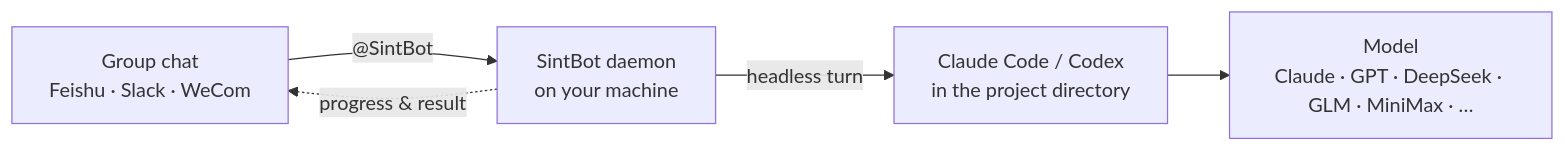
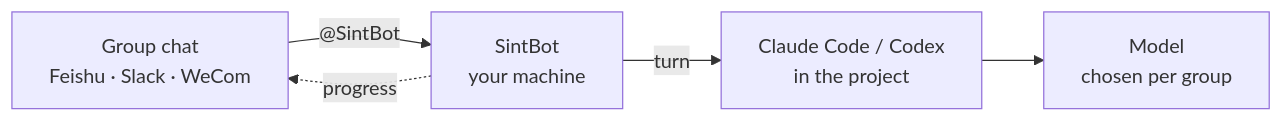
One commit to WaterTian/sintbot changed the diagram in README.md. Above: the diagram before and after it, drawn with Mermaid. The commit also changed 1 other file, not shown here.

Commit message:
docs: narrower README diagram so labels are not clipped

````diff
--- a/README.md
+++ b/README.md
@@ -29,7 +29,7 @@
 ```mermaid
 flowchart LR
-  G["Group chat<br/>Feishu · Slack · WeCom"] -- "@SintBot" --> D["SintBot daemon<br/>on your machine"]
-  D -- "headless turn" --> R["Claude Code / Codex<br/>in the project directory"]
-  R --> M["Model<br/>Claude · GPT · DeepSeek · GLM · MiniMax · …"]
-  D -. "progress & result" .-> G
+  G["Group chat<br/>Feishu · Slack · WeCom"] -- "@SintBot" --> D["SintBot<br/>your machine"]
+  D -- "turn" --> R["Claude Code / Codex<br/>in the project"]
+  R --> M["Model<br/>chosen per group"]
+  D -. "progress" .-> G
 ```
````
